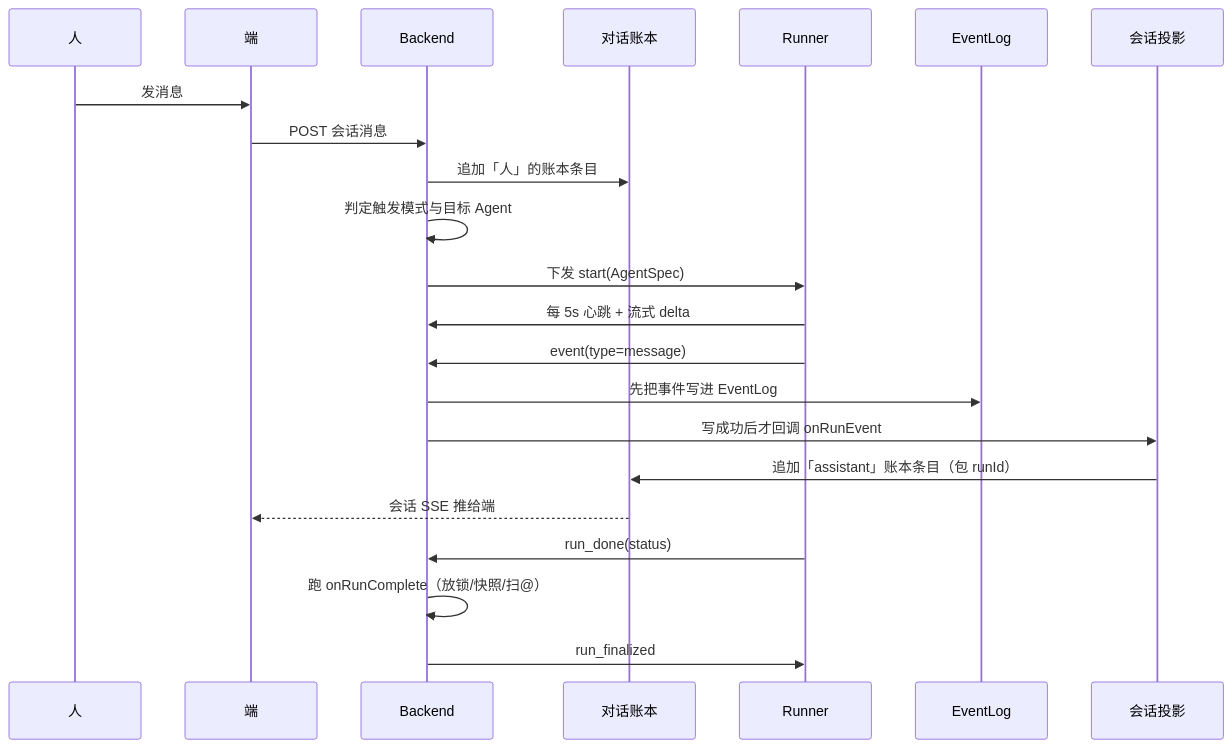
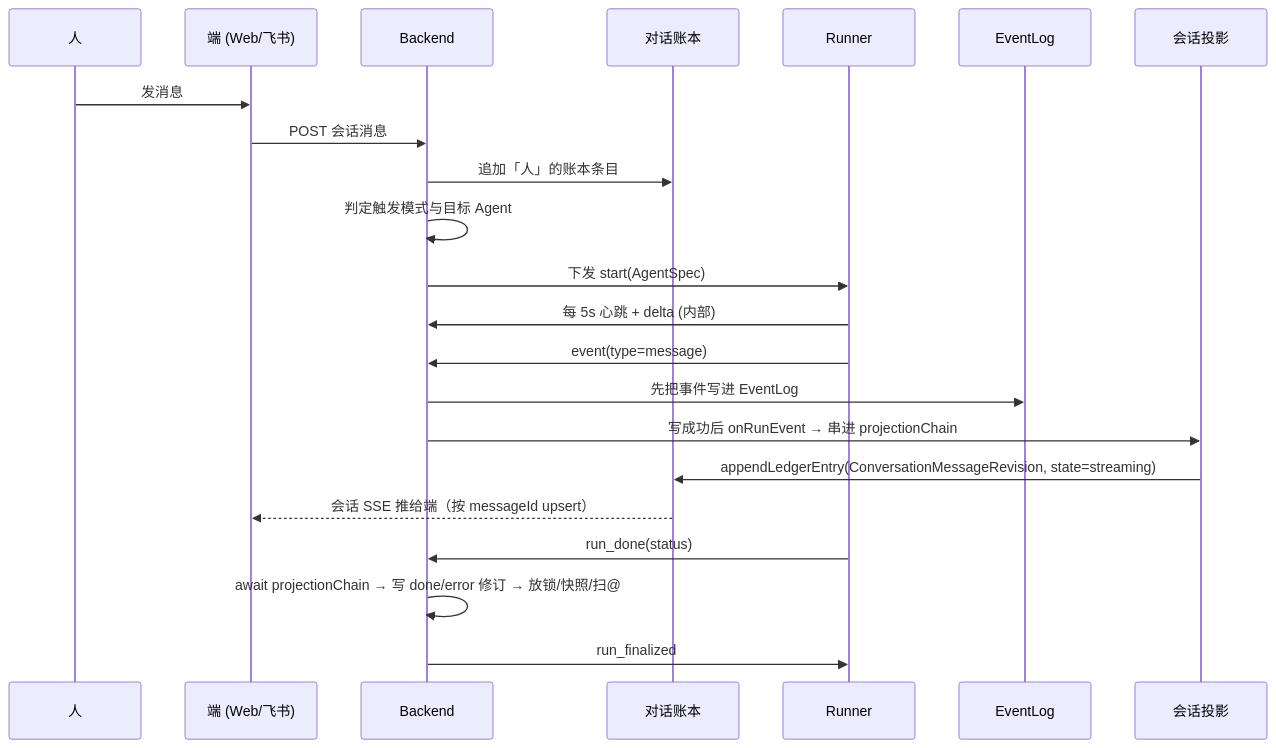
Before and after one commit to Chengchcc/my-agent-team: the second of 2 diagrams in docs/architecture/system-overview.md, drawn with Mermaid. The commit also changed other lines of this file and 8 other files, not shown here.

First line of the commit message:
docs: update architecture docs for message-revisions

````diff
--- a/docs/architecture/system-overview.md
+++ b/docs/architecture/system-overview.md
@@ -88,25 +88,25 @@
 ```mermaid
 sequenceDiagram
   participant H as 人
-  participant S as 端
+  participant S as 端 (Web/飞书)
   participant B as Backend
   participant L as 对话账本
   participant R as Runner
   participant E as EventLog
   participant P as 会话投影
 
   H->>S: 发消息
   S->>B: POST 会话消息
   B->>L: 追加「人」的账本条目
   B->>B: 判定触发模式与目标 Agent
   B->>R: 下发 start(AgentSpec)
-  R->>B: 每 5s 心跳 + 流式 delta
+  R->>B: 每 5s 心跳 + delta (内部)
   R->>B: event(type=message)
   B->>E: 先把事件写进 EventLog
-  B->>P: 写成功后才回调 onRunEvent
-  P->>L: 追加「assistant」账本条目（包 runId）
-  L-->>S: 会话 SSE 推给端
+  B->>P: 写成功后 onRunEvent → 串进 projectionChain
+  P->>L: appendLedgerEntry(ConversationMessageRevision, state=streaming)
+  L-->>S: 会话 SSE 推给端（按 messageId upsert）
   R->>B: run_done(status)
-  B->>B: 跑 onRunComplete（放锁/快照/扫@）
+  B->>B: await projectionChain → 写 done/error 修订 → 放锁/快照/扫@
   B->>R: run_finalized
 ```
````
